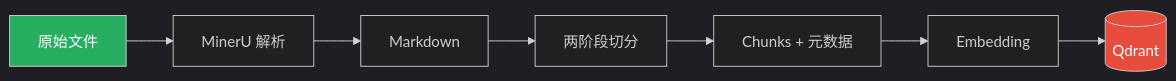
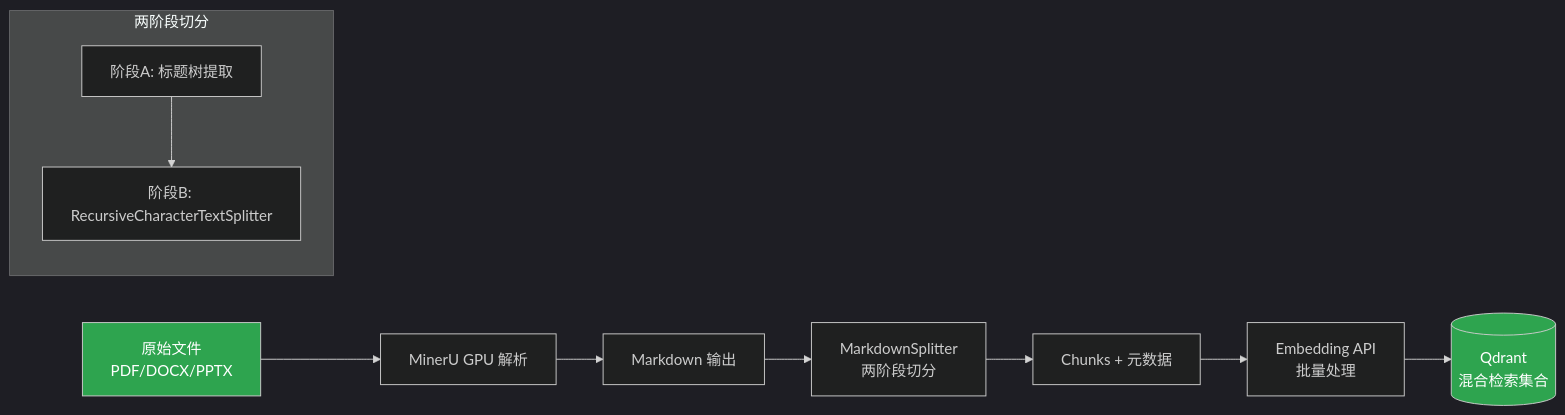
Before and after one commit to lwfeng-ch/rag_graph: the eighth of 14 diagrams in ARCHITECTURE.md, drawn with Mermaid. The commit also changed other lines of this file and 54 other files, not shown here.

````diff
--- a/ARCHITECTURE.md
+++ b/ARCHITECTURE.md
@@ -442,13 +486,18 @@
 ```mermaid
 %%{init: {'theme': 'dark'}}%%
 flowchart LR
-    FILES[原始文件] --> MINERU[MinerU 解析]
-    MINERU --> MD[Markdown]
-    MD --> SPLIT[两阶段切分]
+    FILES[原始文件<br/>PDF/DOCX/PPTX] --> MINERU[MinerU GPU 解析]
+    MINERU --> MD[Markdown 输出]
+    MD --> SPLIT[MarkdownSplitter<br/>两阶段切分]
+    
+    subgraph 两阶段切分
+        A[阶段A: 标题树提取] --> B[阶段B: RecursiveCharacterTextSplitter]
+    end
+    
     SPLIT --> CHUNKS[Chunks + 元数据]
-    CHUNKS --> EMBED[Embedding]
-    EMBED --> QDRANT[(Qdrant)]
+    CHUNKS --> EMBED[Embedding API<br/>批量处理]
+    EMBED --> QDRANT[(Qdrant<br/>混合检索集合)]
     
-    style FILES fill:#27ae60,color:#fff
-    style QDRANT fill:#e74c3c,color:#fff
+    style FILES fill:#2ea44f,color:#ffffff
+    style QDRANT fill:#2ea44f,color:#ffffff
 ```
````
